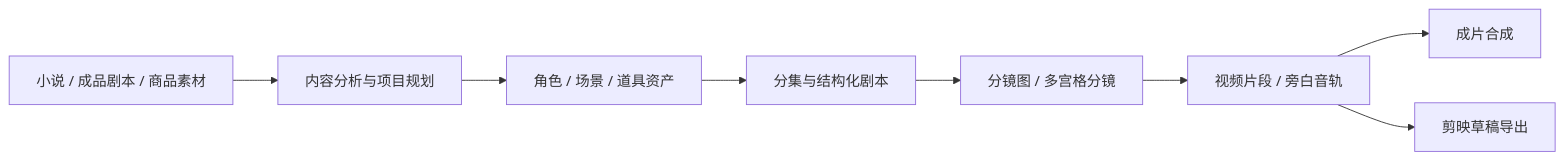
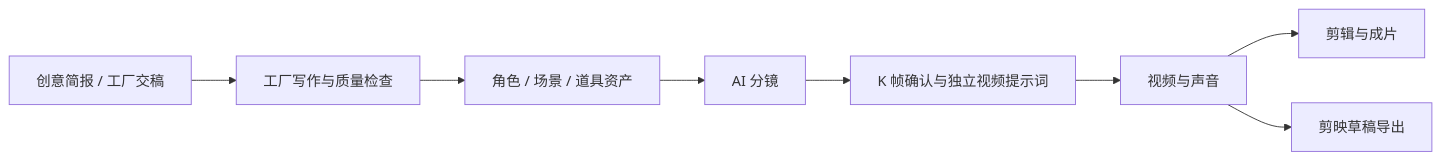
One commit to myvivk/ArcReel-main changed the diagram in README.md. Above: the diagram before and after it, drawn with Mermaid. The commit also changed other lines of this file and 753 other files, not shown here.

````diff
--- a/README.md
+++ b/README.md
@@ -128,10 +124,10 @@
 ```mermaid
 flowchart LR
-    A["小说 / 成品剧本 / 商品素材"] --> B["内容分析与项目规划"]
+    A["创意简报 / 工厂交稿"] --> B["工厂写作与质量检查"]
     B --> C["角色 / 场景 / 道具资产"]
-    C --> D["分集与结构化剧本"]
-    D --> E["分镜图 / 多宫格分镜"]
-    E --> F["视频片段 / 旁白音轨"]
-    F --> G["成片合成"]
+    C --> D["AI 分镜"]
+    D --> E["K 帧确认与独立视频提示词"]
+    E --> F["视频与声音"]
+    F --> G["剪辑与成片"]
     F --> H["剪映草稿导出"]
 ```
````
